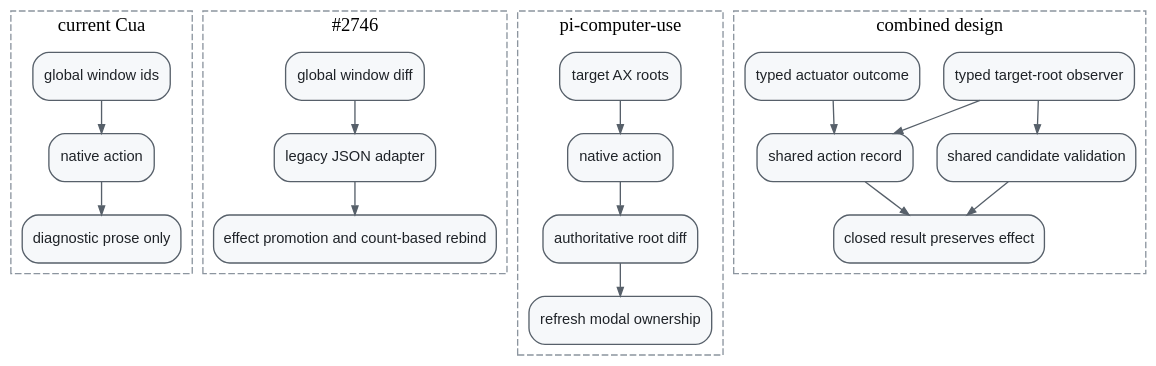
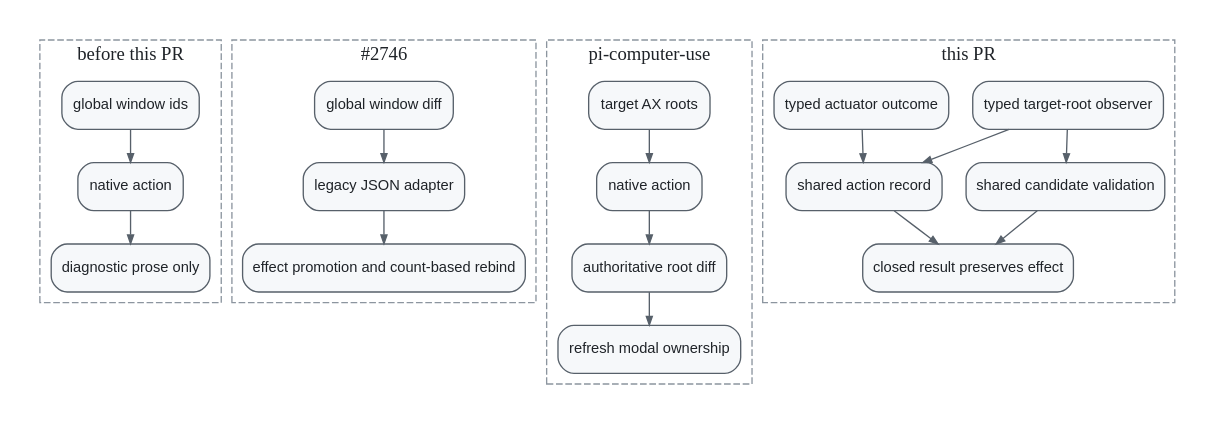
The diagram in libs/cua-driver/docs/diagrams/post-action-surface-rediscovery/architecture-comparison.dot (RubinCarter/cua), drawn with Graphviz before and after one commit. The commit also changed 3 other files, not shown here.

Commit message:
docs(cua-driver): fix rediscovery diagram rendering

```diff
--- a/libs/cua-driver/docs/diagrams/post-action-surface-rediscovery/architecture-comparison.dot
+++ b/libs/cua-driver/docs/diagrams/post-action-surface-rediscovery/architecture-comparison.dot
@@ -1,43 +1,43 @@
 digraph rediscovery {
-  graph [rankdir=TB, bgcolor="transparent", pad="0.2", nodesep="0.25", ranksep="0.35", compound=true];
+  graph [rankdir=TB, bgcolor="#ffffff", fontcolor="#1f2328", pad="0.2", nodesep="0.25", ranksep="0.35", compound=true];
   node [shape=box, style="rounded,filled", fillcolor="#f6f8fa", color="#57606a", fontcolor="#1f2328", fontname="Arial", fontsize=11, margin="0.12,0.08"];
   edge [color="#57606a", fontcolor="#1f2328", fontname="Arial", fontsize=9, arrowsize=0.65];
 
   subgraph cluster_current {
-    label="current Cua"; color="#8c959f"; style="dashed";
+    label="before this PR"; fontcolor="#1f2328"; color="#8c959f"; style="dashed";
     current_before [label="global window ids"];
     current_action [label="native action"];
     current_prose [label="diagnostic prose only"];
     current_before -> current_action -> current_prose;
   }
 
   subgraph cluster_2746 {
-    label="#2746"; color="#8c959f"; style="dashed";
+    label="#2746"; fontcolor="#1f2328"; color="#8c959f"; style="dashed";
     pr_global [label="global window diff"];
     pr_json [label="legacy JSON adapter"];
     pr_effect [label="effect promotion and count-based rebind"];
     pr_global -> pr_json -> pr_effect;
   }
 
   subgraph cluster_picu {
-    label="pi-computer-use"; color="#8c959f"; style="dashed";
+    label="pi-computer-use"; fontcolor="#1f2328"; color="#8c959f"; style="dashed";
     pi_before [label="target AX roots"];
     pi_action [label="native action"];
     pi_after [label="authoritative root diff"];
     pi_resolve [label="refresh modal ownership"];
     pi_before -> pi_action -> pi_after -> pi_resolve;
   }
 
   subgraph cluster_combined {
-    label="combined design"; color="#8c959f"; style="dashed";
+    label="this PR"; fontcolor="#1f2328"; color="#8c959f"; style="dashed";
     best_observer [label="typed target-root observer"];
     best_action [label="typed actuator outcome"];
     best_record [label="shared action record"];
     best_resolver [label="shared candidate validation"];
     best_public [label="closed result preserves effect"];
     best_observer -> best_record;
     best_action -> best_record;
     best_observer -> best_resolver -> best_public;
     best_record -> best_public;
   }
 }
```
